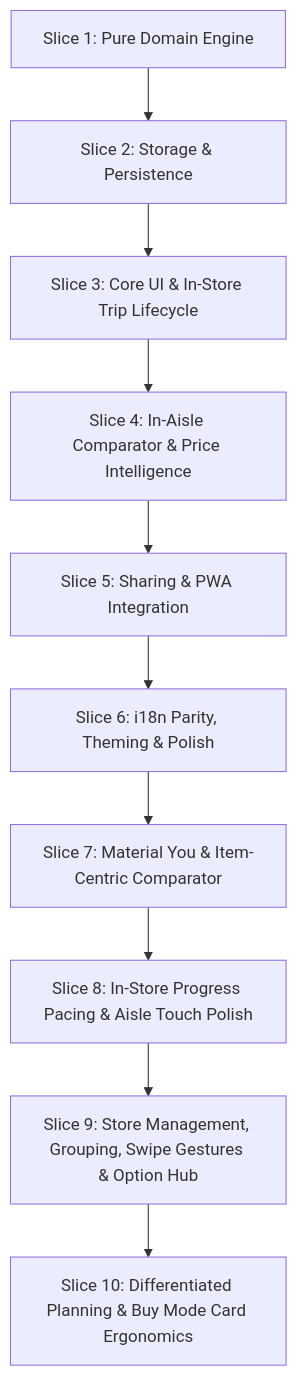
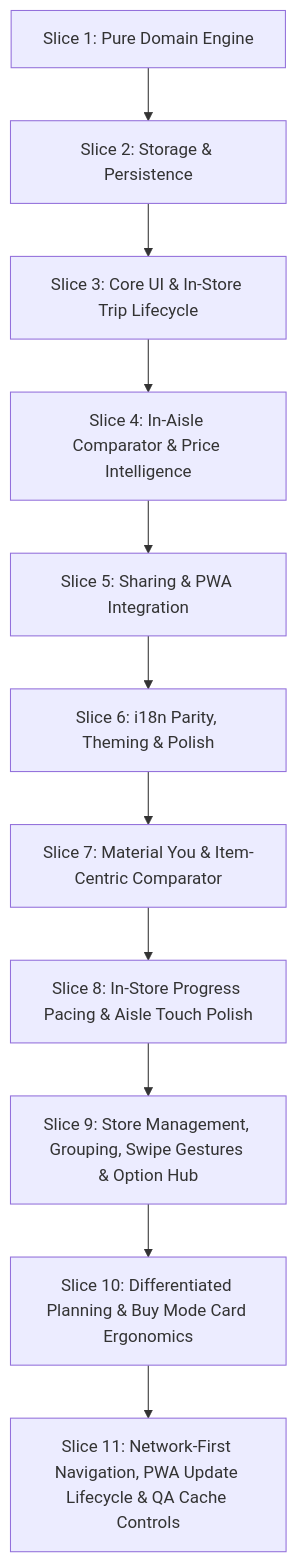
Before and after one commit to thanhtrixx/html-standalone-tools: the diagram in smart-buy-list-price-tracker/ITEMS_TO_IMPLEMENT.md, drawn with Mermaid. The commit also changed other lines of this file and 8 other files, not shown here.

Commit message:
fix(smart-buy-list): implement network-first navigation, PWA update lifecycle & QA cache controls (#171)

````diff
--- a/smart-buy-list-price-tracker/ITEMS_TO_IMPLEMENT.md
+++ b/smart-buy-list-price-tracker/ITEMS_TO_IMPLEMENT.md
@@ -81,15 +83,16 @@
 ```mermaid
 flowchart TD
     S1["Slice 1: Pure Domain Engine"]
     S2["Slice 2: Storage &amp; Persistence"]
     S3["Slice 3: Core UI &amp; In-Store Trip Lifecycle"]
     S4["Slice 4: In-Aisle Comparator &amp; Price Intelligence"]
     S5["Slice 5: Sharing &amp; PWA Integration"]
     S6["Slice 6: i18n Parity, Theming &amp; Polish"]
     S7["Slice 7: Material You &amp; Item-Centric Comparator"]
     S8["Slice 8: In-Store Progress Pacing &amp; Aisle Touch Polish"]
     S9["Slice 9: Store Management, Grouping, Swipe Gestures &amp; Option Hub"]
     S10["Slice 10: Differentiated Planning &amp; Buy Mode Card Ergonomics"]
+    S11["Slice 11: Network-First Navigation, PWA Update Lifecycle &amp; QA Cache Controls"]
 
-    S1 --> S2 --> S3 --> S4 --> S5 --> S6 --> S7 --> S8 --> S9 --> S10
+    S1 --> S2 --> S3 --> S4 --> S5 --> S6 --> S7 --> S8 --> S9 --> S10 --> S11
 ```
````
